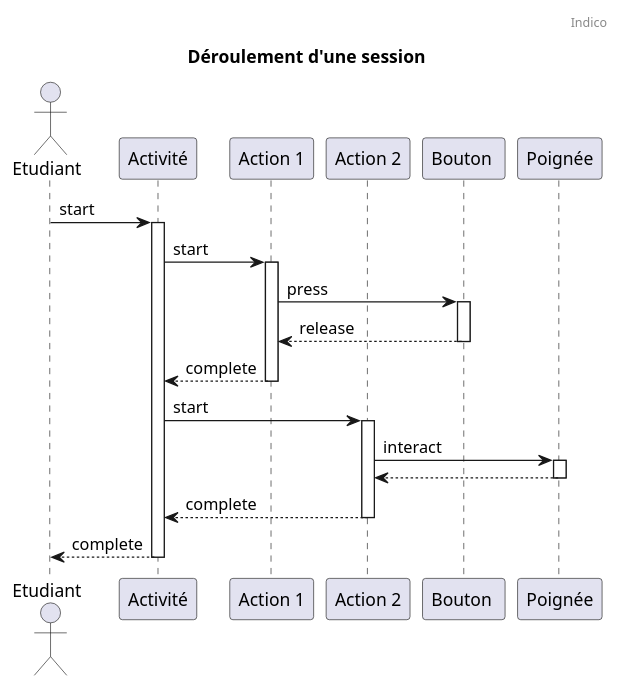
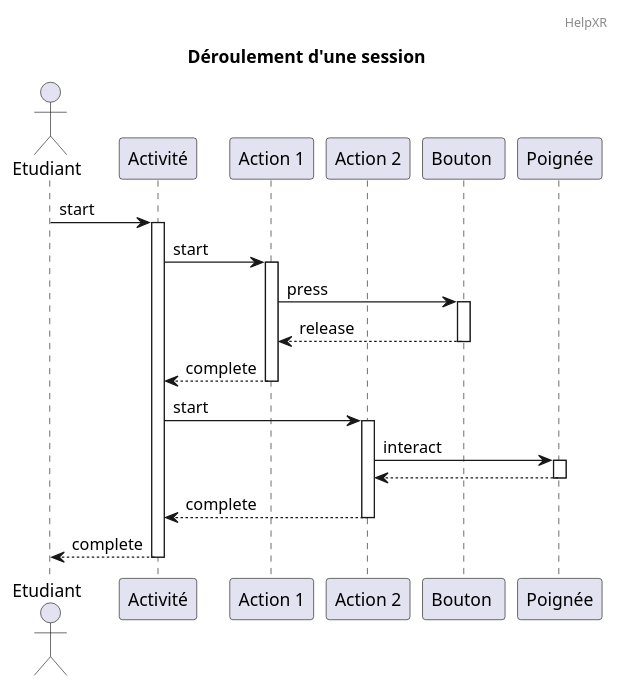
The diagram in docs/src/developer/api/performance.md (ERPI-UL/HELP-XR-editor), drawn with PlantUML before and after one commit. The commit also changed other lines of this file and 27 other files, not shown here.

````diff
--- a/docs/src/developer/api/performance.md
+++ b/docs/src/developer/api/performance.md
@@ -24,40 +24,40 @@
 ```puml
 @startuml
 
-header Indico
+header HelpXR
 title "Déroulement d'une session"
 
 actor "Etudiant" as user
 participant "Activité" as activity
 participant "Action 1" as action1
 participant "Action 2" as action2
 participant "Bouton " as button
 participant "Poignée" as handle
 
 
 user -> activity : start
 activate activity
 activity -> action1 : start
 activate action1
 action1 -> button : press
 activate button
 button --> action1 : release
 deactivate button
 action1 --> activity : complete
 deactivate action1
 activity -> action2 : start
 activate action2
 action2 -> handle : interact
 activate handle
 handle --> action2 
 deactivate handle
 action2 --> activity : complete
 deactivate action2
 
 activity --> user : complete
 deactivate activity
 
 
 @enduml
 
 ```
````
